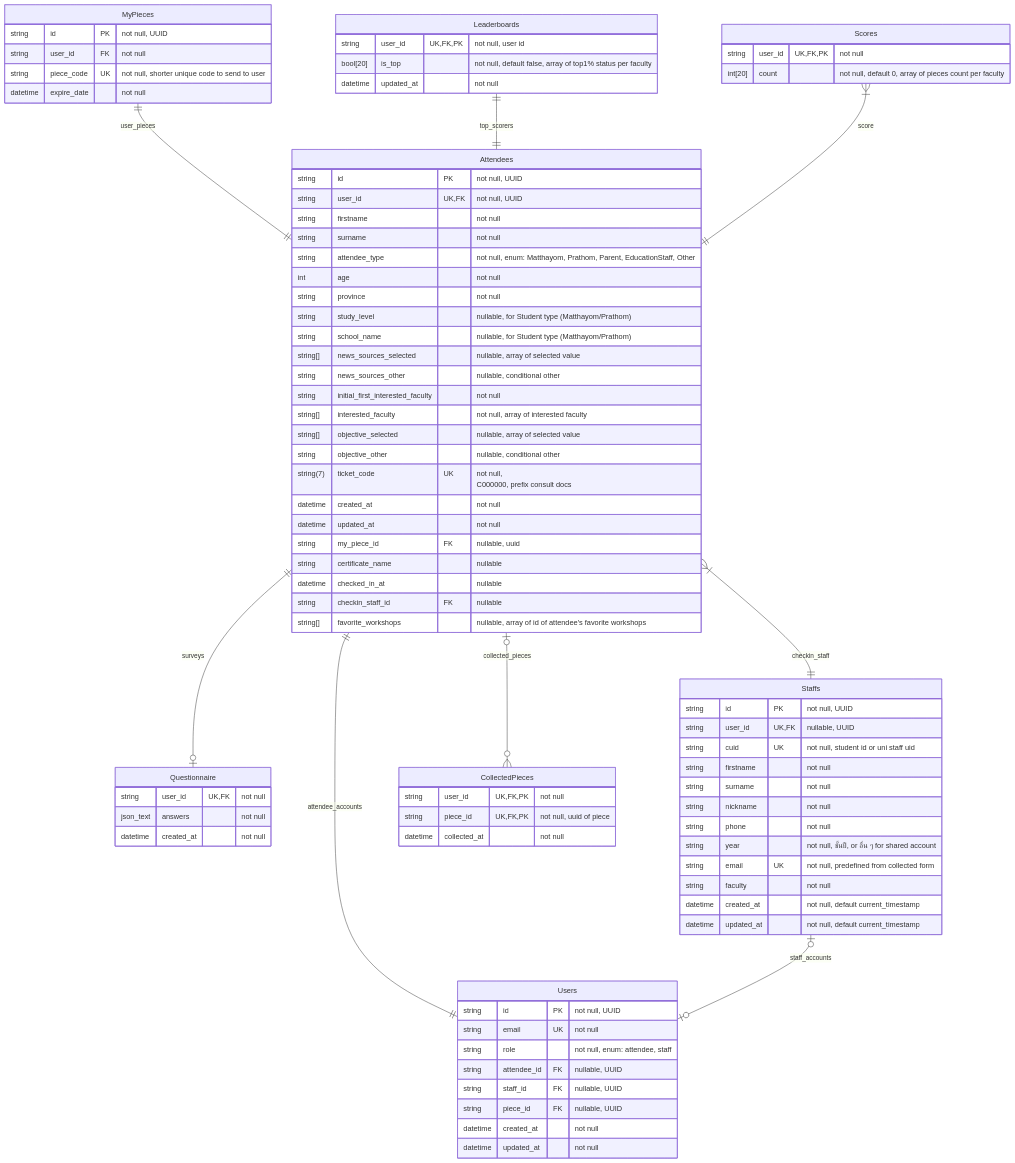
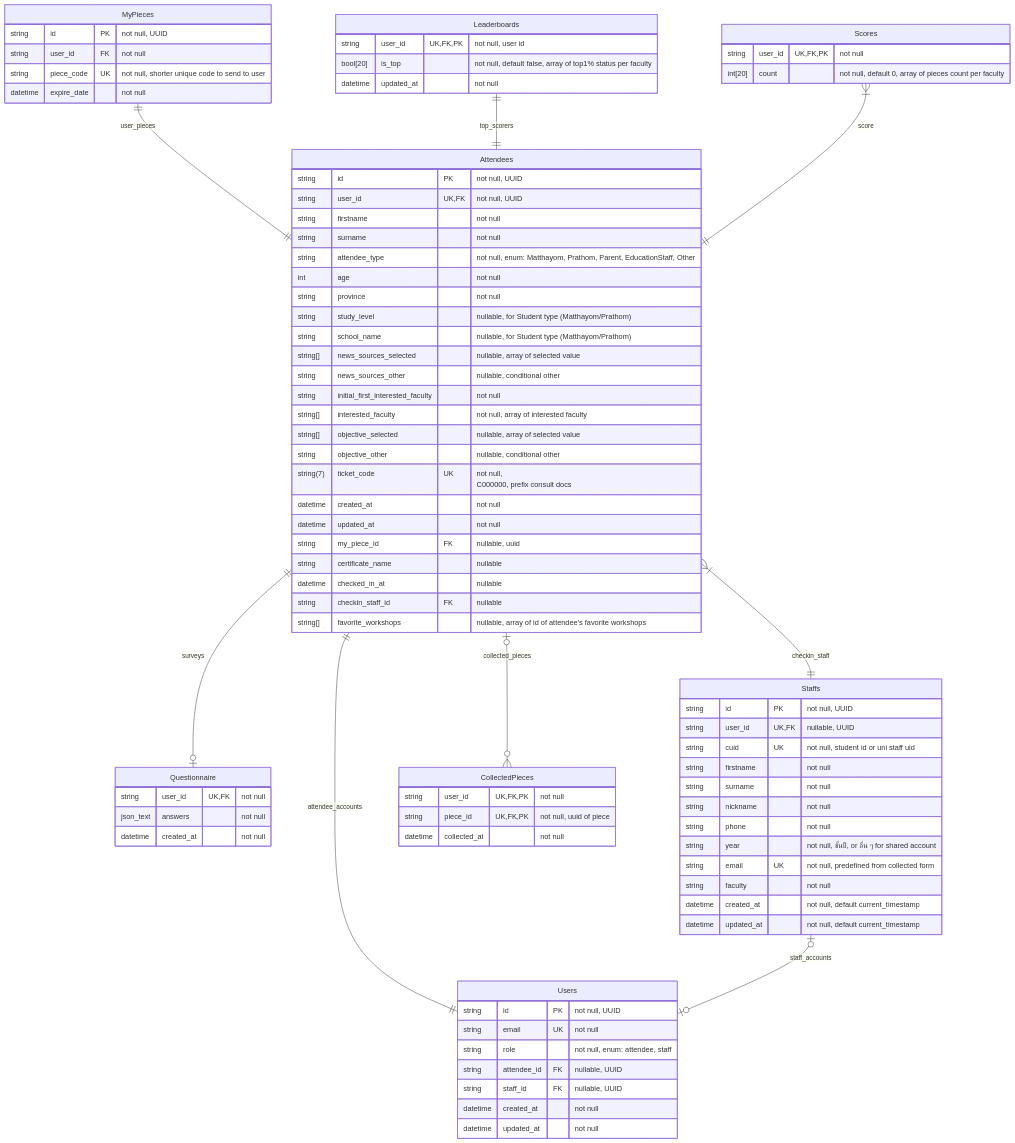
Before and after one commit to isd-sgcu/oph26-backend: the diagram in README.md, drawn with Mermaid. The commit also changed other lines of this file, not shown here.

Commit message:
fix: correct typo in README and remove unnecessary piece_id FK from Users

```diff
--- a/README.md
+++ b/README.md
@@ -24,7 +24,6 @@
         string role "not null, enum: attendee, staff"
         string attendee_id FK "nullable, UUID"
         string staff_id FK "nullable, UUID"
-        string piece_id FK "nullable, UUID"
         datetime created_at "not null"
         datetime updated_at "not null"
     }
```
